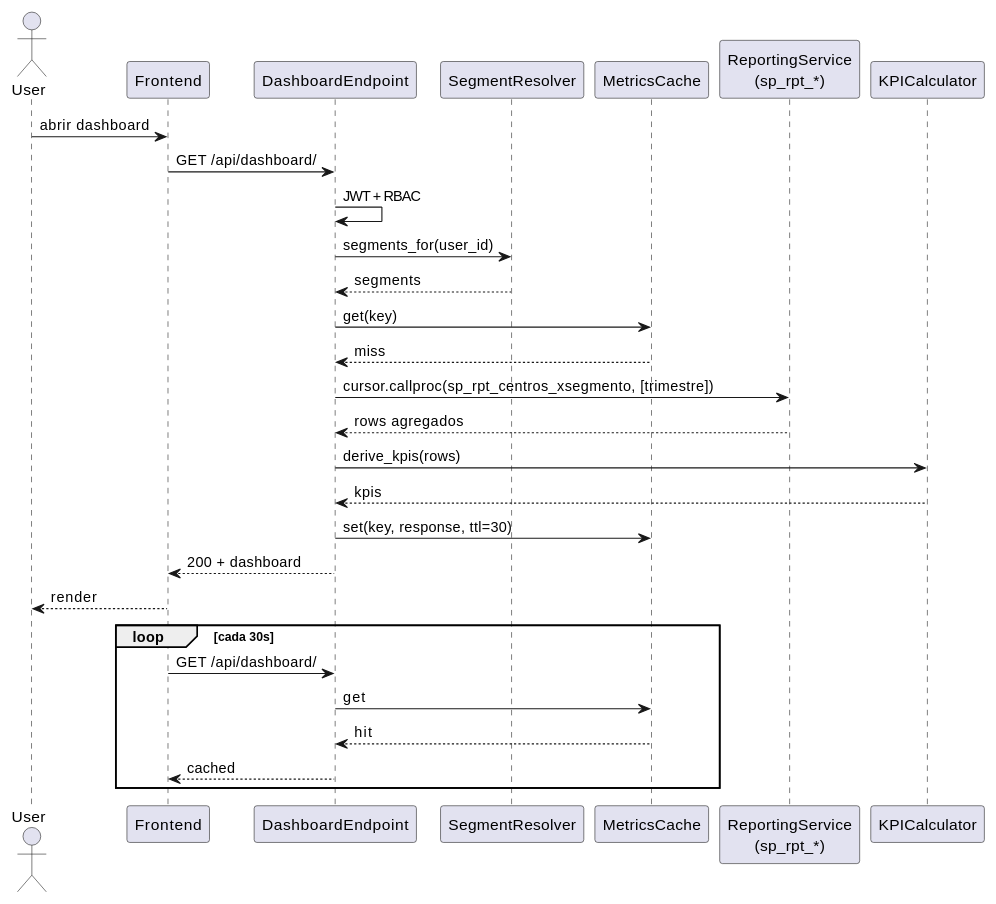
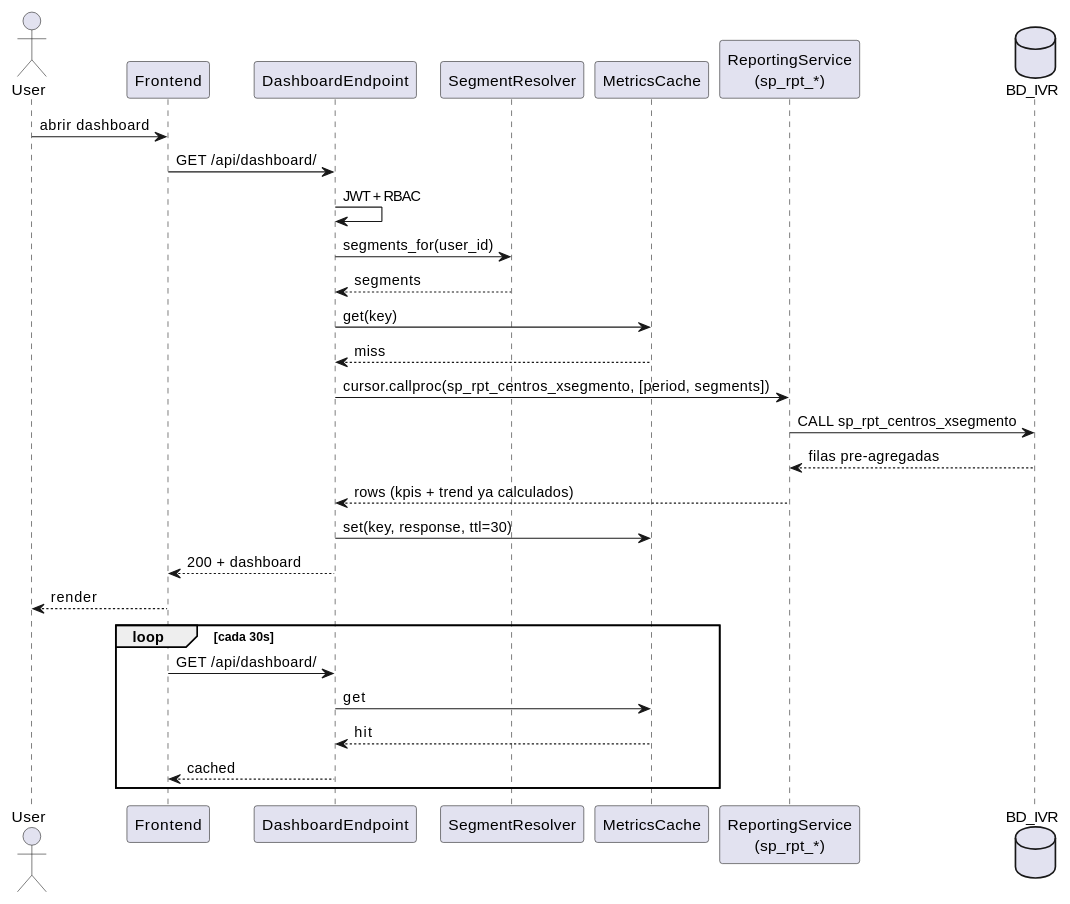
The diagram in source/requisitos/casos-uso/reports/uc-rpt-01/diagramas-uml/diagrama-de-secuencia.rst (jcg-admin/IACT-docs), drawn with PlantUML before and after one commit. The commit also changed 13 other files, not shown here.

```diff
--- a/source/requisitos/casos-uso/reports/uc-rpt-01/diagramas-uml/diagrama-de-secuencia.rst
+++ b/source/requisitos/casos-uso/reports/uc-rpt-01/diagramas-uml/diagrama-de-secuencia.rst
@@ -4,36 +4,36 @@
 .. uml::
  :caption: UC_RPT_01 — secuencia
 
  @startuml
 
  actor "User" as User
  participant "Frontend" as Frontend
  participant "DashboardEndpoint" as Dashboardendpoint
  participant "SegmentResolver" as Segmentresolver
  participant "MetricsCache" as Metricscache
  participant "ReportingService\n(sp_rpt_*)" as Servicioreportes
- participant "KPICalculator" as Kpicalculator
+ database "BD_IVR" as Bdivr
 
  User -> Frontend: abrir dashboard
  Frontend -> Dashboardendpoint: GET /api/dashboard/
  Dashboardendpoint -> Dashboardendpoint: JWT + RBAC
  Dashboardendpoint -> Segmentresolver: segments_for(user_id)
  Segmentresolver --> Dashboardendpoint: segments
  Dashboardendpoint -> Metricscache: get(key)
  Metricscache --> Dashboardendpoint: miss
- Dashboardendpoint -> Servicioreportes: cursor.callproc(sp_rpt_centros_xsegmento, [trimestre])
- Servicioreportes --> Dashboardendpoint: rows agregados
- Dashboardendpoint -> Kpicalculator: derive_kpis(rows)
- Kpicalculator --> Dashboardendpoint: kpis
+ Dashboardendpoint -> Servicioreportes: cursor.callproc(sp_rpt_centros_xsegmento, [period, segments])
+ Servicioreportes -> Bdivr: CALL sp_rpt_centros_xsegmento
+ Bdivr --> Servicioreportes: filas pre-agregadas
+ Servicioreportes --> Dashboardendpoint: rows (kpis + trend ya calculados)
  Dashboardendpoint -> Metricscache: set(key, response, ttl=30)
  Dashboardendpoint --> Frontend: 200 + dashboard
  Frontend --> User: render
 
  loop cada 30s
    Frontend -> Dashboardendpoint: GET /api/dashboard/
    Dashboardendpoint -> Metricscache: get
    Metricscache --> Dashboardendpoint: hit
    Dashboardendpoint --> Frontend: cached
  end
 
  @enduml
```
